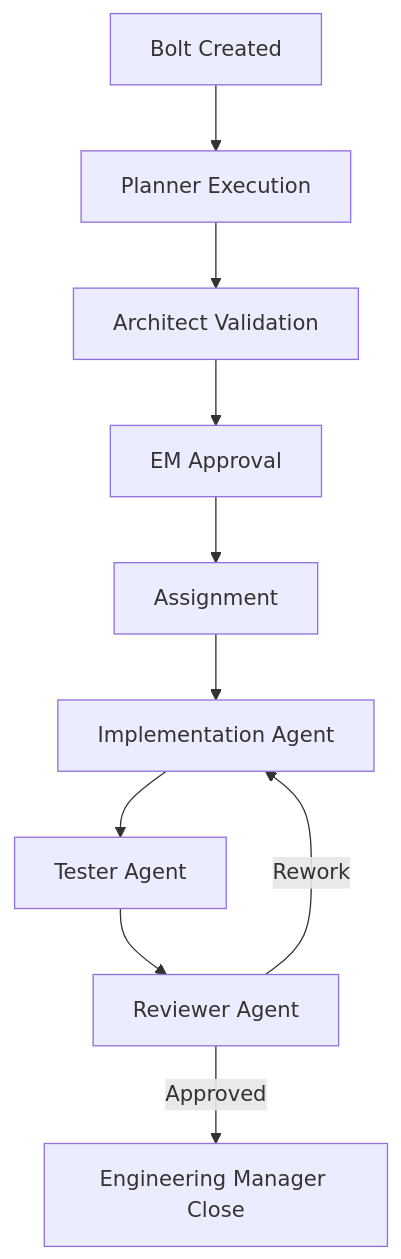
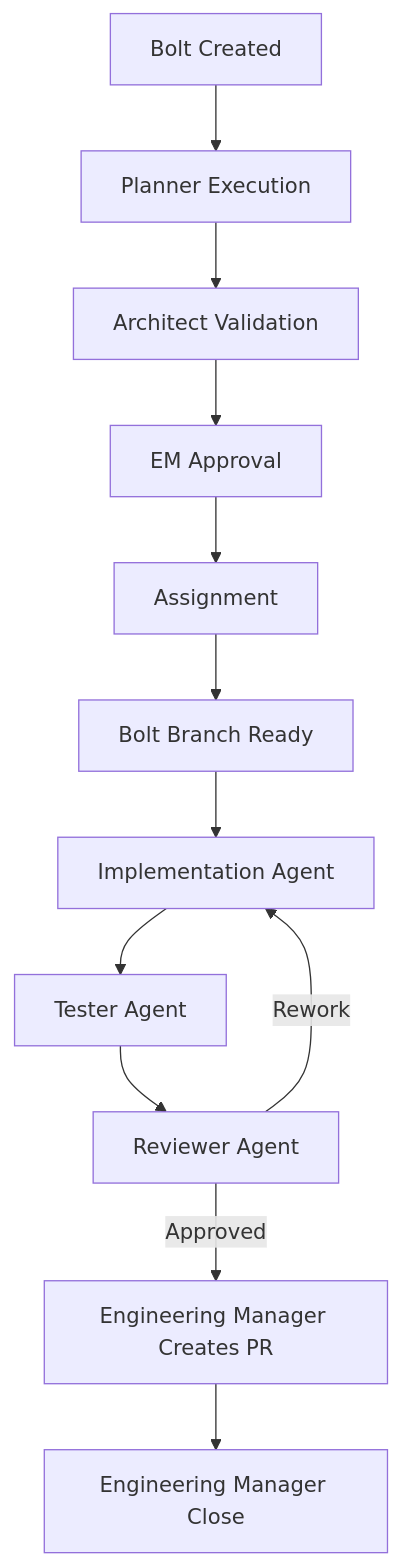
One commit to fr4gus/ai-engineering-framework-poc changed the first of 2 diagrams in docs/015-bolt-runtime-protocol.md. Above: the diagram before and after it, drawn with Mermaid. The commit also changed other lines of this file and 17 other files, not shown here.

````diff
--- a/docs/015-bolt-runtime-protocol.md
+++ b/docs/015-bolt-runtime-protocol.md
@@ -40,16 +40,18 @@
 ```mermaid
 flowchart TD
 
 BOLT[Bolt Created] --> PLANNER[Planner Execution]
 PLANNER --> ARCH[Architect Validation]
 ARCH --> EM_APPROVAL[EM Approval]
 
 EM_APPROVAL --> ASSIGN[Assignment]
 
-ASSIGN --> DEV[Implementation Agent]
+ASSIGN --> BRANCH[Bolt Branch Ready]
+BRANCH --> DEV[Implementation Agent]
 DEV --> TESTER[Tester Agent]
 TESTER --> REVIEWER[Reviewer Agent]
 
-REVIEWER -->|Approved| EM_CLOSE[Engineering Manager Close]
+REVIEWER -->|Approved| EM_PR[Engineering Manager Creates PR]
+EM_PR --> EM_CLOSE[Engineering Manager Close]
 REVIEWER -->|Rework| DEV
 ```
````
